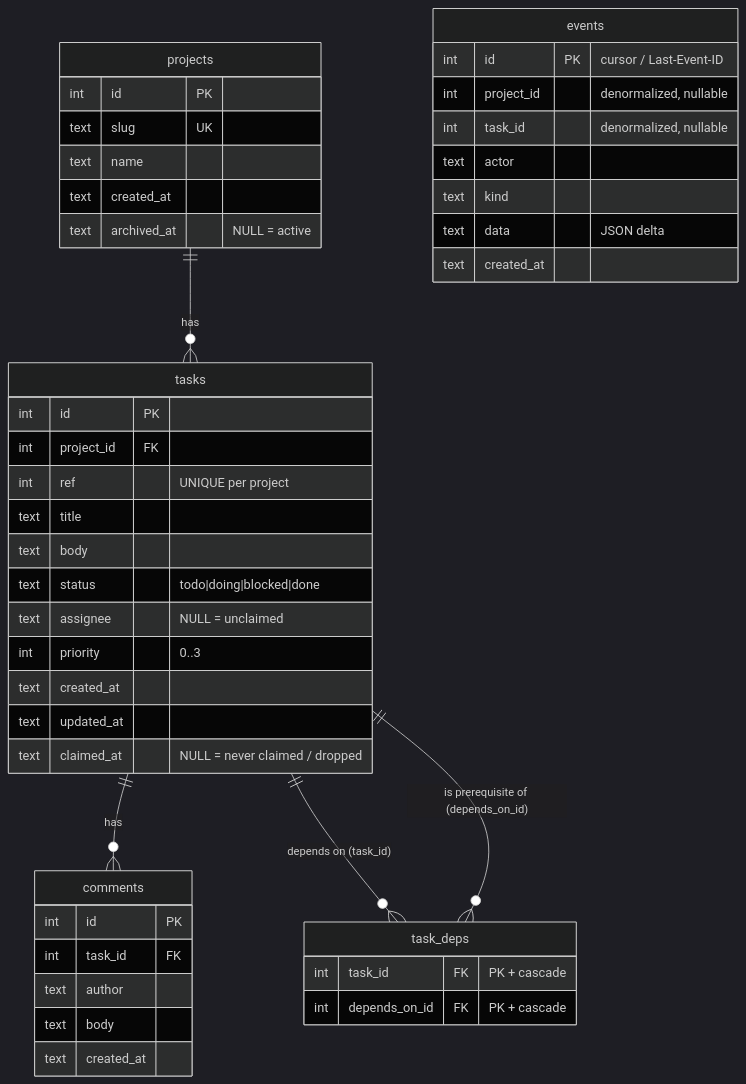
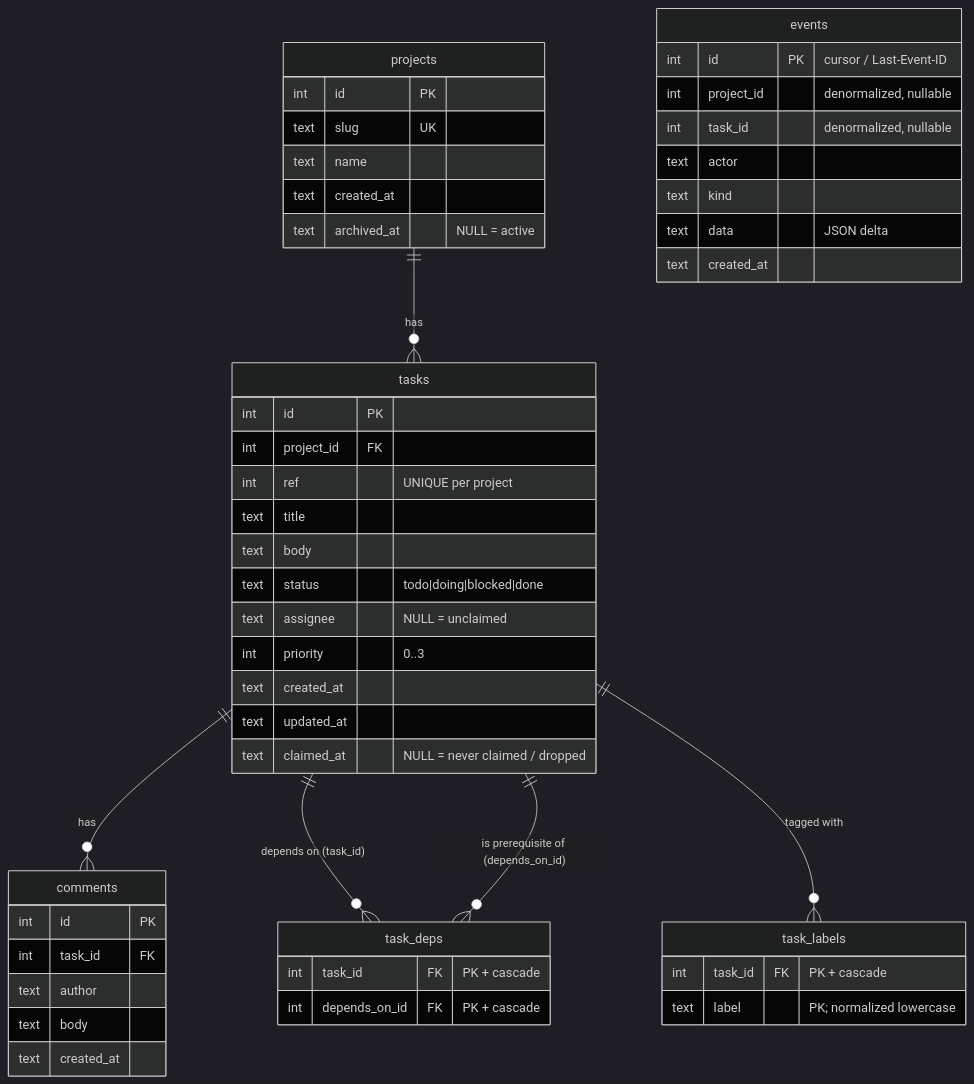
The diagram in architecture/data-model.md (RamiAltai/agentman), drawn with Mermaid (dark theme) before and after one commit. The commit also changed other lines of this file and 16 other files, not shown here.

````diff
--- a/architecture/data-model.md
+++ b/architecture/data-model.md
@@ -180,47 +198,52 @@
 ```mermaid
 erDiagram
   projects ||--o{ tasks : "has"
   tasks ||--o{ comments : "has"
   tasks ||--o{ task_deps : "depends on (task_id)"
   tasks ||--o{ task_deps : "is prerequisite of (depends_on_id)"
+  tasks ||--o{ task_labels : "tagged with"
   projects {
     int id PK
     text slug UK
     text name
     text created_at
     text archived_at "NULL = active"
   }
   tasks {
     int id PK
     int project_id FK
     int ref "UNIQUE per project"
     text title
     text body
     text status "todo|doing|blocked|done"
     text assignee "NULL = unclaimed"
     int priority "0..3"
     text created_at
     text updated_at
     text claimed_at "NULL = never claimed / dropped"
   }
   task_deps {
     int task_id FK "PK + cascade"
     int depends_on_id FK "PK + cascade"
   }
+  task_labels {
+    int task_id FK "PK + cascade"
+    text label "PK; normalized lowercase"
+  }
   comments {
     int id PK
     int task_id FK
     text author
     text body
     text created_at
   }
   events {
     int id PK "cursor / Last-Event-ID"
     int project_id "denormalized, nullable"
     int task_id "denormalized, nullable"
     text actor
     text kind
     text data "JSON delta"
     text created_at
   }
 ```
````
